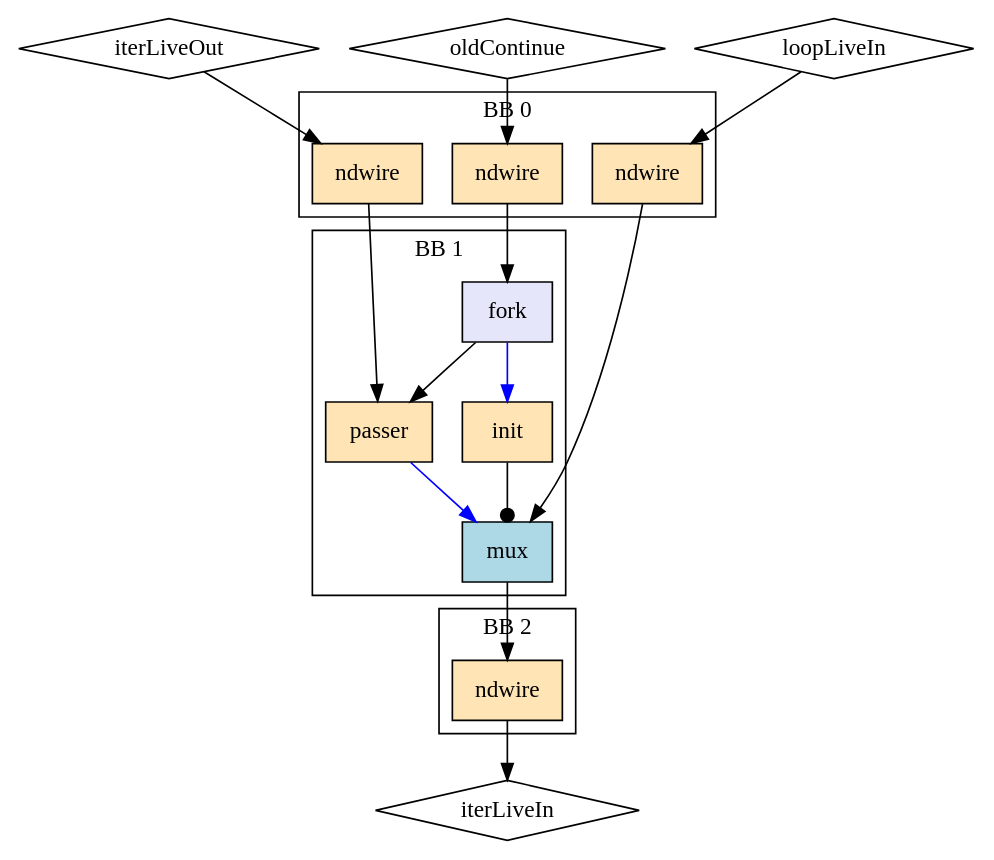
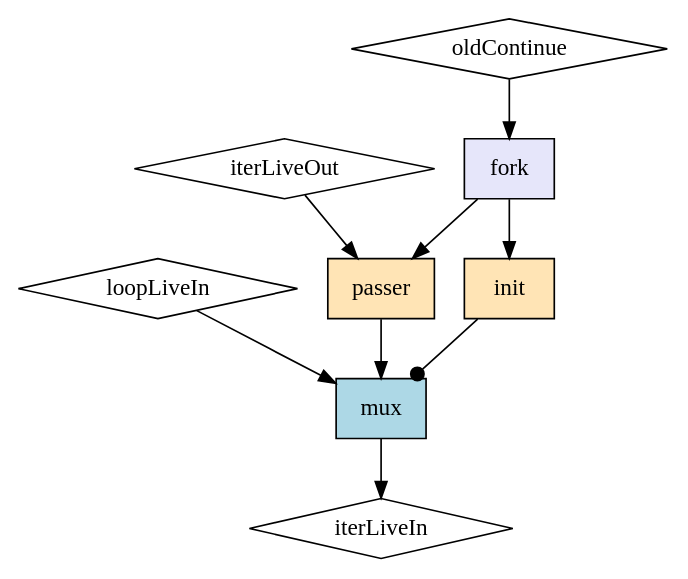
The diagram in experimental/tools/elastic-miter/out/sup_mux/lhs_reachability/model.dot (EPFL-LAP/dynamatic), drawn with Graphviz before and after one commit. The commit also changed 932 other files, not shown here.

```diff
--- a/experimental/tools/elastic-miter/out/sup_mux/lhs_reachability/model.dot
+++ b/experimental/tools/elastic-miter/out/sup_mux/lhs_reachability/model.dot
@@ -1,37 +1,20 @@
 Digraph G {
   splines=spline
   compound=true
   "loopLiveIn" ["style"="solid", "shape"="diamond", "label"="loopLiveIn", "mlir_op"="handshake.func"]
   "iterLiveOut" ["style"="solid", "shape"="diamond", "label"="iterLiveOut", "mlir_op"="handshake.func"]
   "oldContinue" ["style"="solid", "shape"="diamond", "label"="oldContinue", "mlir_op"="handshake.func"]
   "iterLiveIn" ["style"="solid", "shape"="diamond", "label"="iterLiveIn", "mlir_op"="handshake.func"]
-  "loopLiveIn" -> "ndw_in_loopLiveIn" ["dir"="both", "style"="solid", "arrowhead"="normal", "from_idx"="0", "to"="ins", "arrowtail"="none", "from"="loopLiveIn", "to_idx"="0"]
-  "iterLiveOut" -> "ndw_in_iterLiveOut" ["dir"="both", "style"="solid", "arrowhead"="normal", "from_idx"="1", "to"="ins", "arrowtail"="none", "from"="iterLiveOut", "to_idx"="0"]
-  "oldContinue" -> "ndw_in_oldContinue" ["dir"="both", "style"="solid", "arrowhead"="normal", "from_idx"="2", "to"="ins", "arrowtail"="none", "from"="oldContinue", "to_idx"="0"]
-  "ndw_in_loopLiveIn" -> "data_mux" ["dir"="both", "style"="solid", "arrowhead"="normal", "from_idx"="0", "to"="ins_0", "arrowtail"="none", "from"="outs", "to_idx"="1"]
-  "ndw_in_iterLiveOut" -> "passer" ["dir"="both", "style"="solid", "arrowhead"="normal", "from_idx"="0", "to"="data", "arrowtail"="none", "from"="outs", "to_idx"="0"]
-  "ndw_in_oldContinue" -> "vm_fork_2" ["dir"="both", "style"="solid", "arrowhead"="normal", "from_idx"="0", "to"="ins", "arrowtail"="none", "from"="outs", "to_idx"="0"]
-  "ndw_out_iterLiveIn" -> "iterLiveIn" ["dir"="both", "style"="solid", "arrowhead"="normal", "from_idx"="0", "to"="iterLiveIn", "arrowtail"="none", "from"="outs", "to_idx"="0"]
-  "data_mux" -> "ndw_out_iterLiveIn" ["dir"="both", "style"="solid", "arrowhead"="normal", "from_idx"="0", "to"="ins", "arrowtail"="none", "from"="outs", "to_idx"="0"]
-  subgraph cluster0 {
-    graph ["label"="BB 0"]
-    "ndw_in_loopLiveIn" ["style"="filled", "fillcolor"="moccasin", "shape"="box", "label"="ndwire", "mlir_op"="handshake.ndwire"]
-    "ndw_in_iterLiveOut" ["style"="filled", "fillcolor"="moccasin", "shape"="box", "label"="ndwire", "mlir_op"="handshake.ndwire"]
-    "ndw_in_oldContinue" ["style"="filled", "fillcolor"="moccasin", "shape"="box", "label"="ndwire", "mlir_op"="handshake.ndwire"]
-  }
-  subgraph cluster2 {
-    graph ["label"="BB 2"]
-    "ndw_out_iterLiveIn" ["style"="filled", "fillcolor"="moccasin", "shape"="box", "label"="ndwire", "mlir_op"="handshake.ndwire"]
-  }
-  subgraph cluster1 {
-    graph ["label"="BB 1"]
-    "vm_fork_2" ["style"="filled", "fillcolor"="lavender", "shape"="box", "label"="fork", "mlir_op"="handshake.fork"]
-    "passer" ["style"="filled", "fillcolor"="moccasin", "shape"="box", "label"="passer", "mlir_op"="handshake.passer"]
-    "oldInit" ["style"="filled", "fillcolor"="moccasin", "shape"="box", "label"="init", "mlir_op"="handshake.init"]
-    "data_mux" ["style"="filled", "fillcolor"="lightblue", "shape"="box", "label"="mux", "mlir_op"="handshake.mux"]
-    "vm_fork_2" -> "passer" ["dir"="both", "style"="solid", "arrowhead"="normal", "from_idx"="0", "to"="ctrl", "arrowtail"="none", "from"="outs_0", "to_idx"="1"]
-    "vm_fork_2" -> "oldInit" ["dir"="both", "style"="solid", "arrowhead"="normal", "from_idx"="1", "color"="blue", "to"="ins", "arrowtail"="none", "from"="outs_1", "to_idx"="0"]
-    "passer" -> "data_mux" ["dir"="both", "style"="solid", "arrowhead"="normal", "from_idx"="0", "color"="blue", "to"="ins_1", "arrowtail"="none", "from"="result", "to_idx"="2"]
-    "oldInit" -> "data_mux" ["dir"="both", "style"="solid", "arrowhead"="dot", "from_idx"="0", "to"="index", "arrowtail"="none", "from"="outs", "to_idx"="0"]
-  }
+  "fork_continue" ["style"="filled", "fillcolor"="lavender", "shape"="box", "label"="fork", "mlir_op"="handshake.fork"]
+  "passer" ["style"="filled", "fillcolor"="moccasin", "shape"="box", "label"="passer", "mlir_op"="handshake.passer"]
+  "oldInit" ["style"="filled", "fillcolor"="moccasin", "shape"="box", "label"="init", "mlir_op"="handshake.init"]
+  "data_mux" ["style"="filled", "fillcolor"="lightblue", "shape"="box", "label"="mux", "mlir_op"="handshake.mux"]
+  "loopLiveIn" -> "data_mux" ["dir"="both", "style"="solid", "arrowhead"="normal", "from_idx"="0", "to"="ins_0", "arrowtail"="none", "from"="loopLiveIn", "to_idx"="1"]
+  "iterLiveOut" -> "passer" ["dir"="both", "style"="solid", "arrowhead"="normal", "from_idx"="1", "to"="data", "arrowtail"="none", "from"="iterLiveOut", "to_idx"="0"]
+  "oldContinue" -> "fork_continue" ["dir"="both", "style"="solid", "arrowhead"="normal", "from_idx"="2", "to"="ins", "arrowtail"="none", "from"="oldContinue", "to_idx"="0"]
+  "fork_continue" -> "passer" ["dir"="both", "style"="solid", "arrowhead"="normal", "from_idx"="0", "to"="ctrl", "arrowtail"="none", "from"="outs_0", "to_idx"="1"]
+  "fork_continue" -> "oldInit" ["dir"="both", "style"="solid", "arrowhead"="normal", "from_idx"="1", "to"="ins", "arrowtail"="none", "from"="outs_1", "to_idx"="0"]
+  "passer" -> "data_mux" ["dir"="both", "style"="solid", "arrowhead"="normal", "from_idx"="0", "to"="ins_1", "arrowtail"="none", "from"="result", "to_idx"="2"]
+  "oldInit" -> "data_mux" ["dir"="both", "style"="solid", "arrowhead"="dot", "from_idx"="0", "to"="index", "arrowtail"="none", "from"="outs", "to_idx"="0"]
+  "data_mux" -> "iterLiveIn" ["dir"="both", "style"="solid", "arrowhead"="normal", "from_idx"="0", "to"="iterLiveIn", "arrowtail"="none", "from"="outs", "to_idx"="0"]
 }
```
